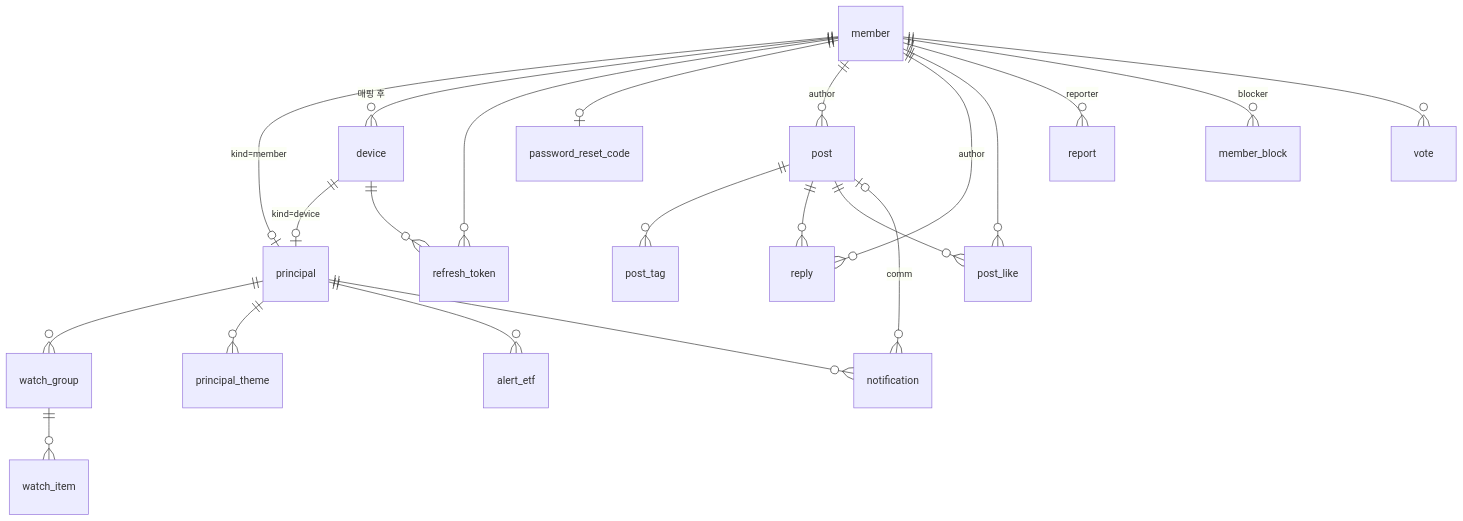
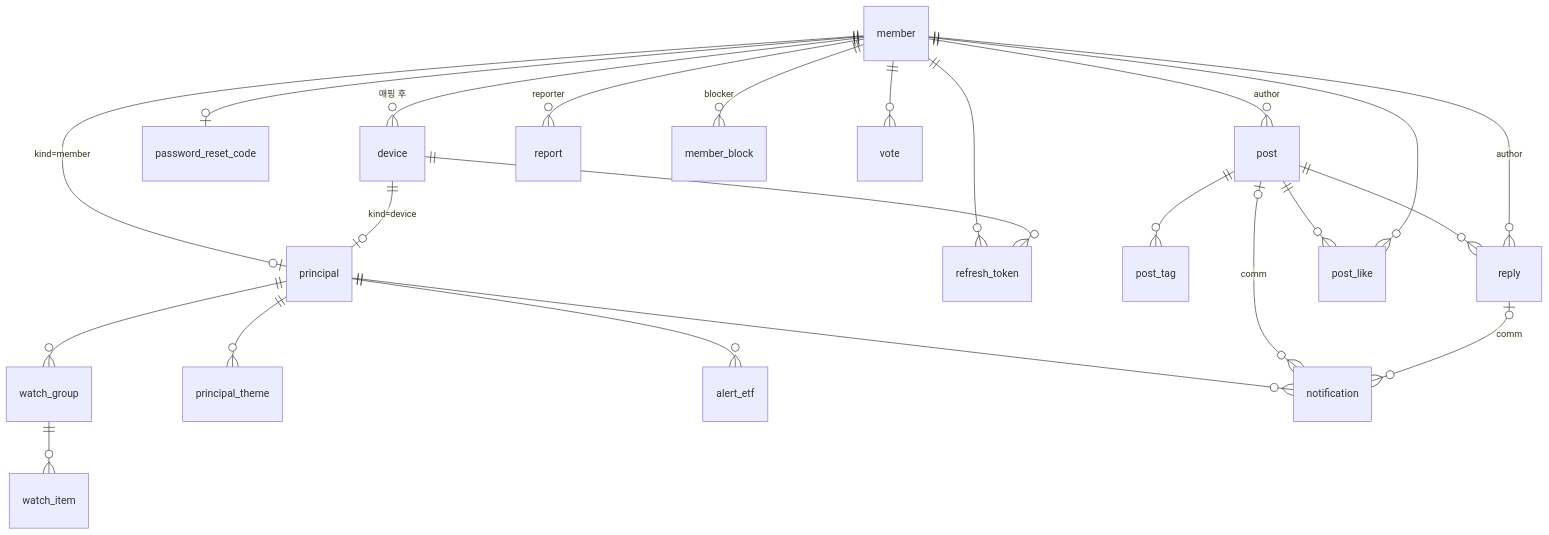
Before and after one commit to alphaeveryday/edge: the first of 2 diagrams in src/apps/cloud/app-api/docs/erd.md, drawn with Mermaid. The commit also changed other lines of this file and 15 other files, not shown here.

````diff
--- a/src/apps/cloud/app-api/docs/erd.md
+++ b/src/apps/cloud/app-api/docs/erd.md
@@ -423,24 +424,25 @@
 ```mermaid
 erDiagram
     member ||--o| principal : "kind=member"
     device ||--o| principal : "kind=device"
     member ||--o{ device : "매핑 후"
     member ||--o{ refresh_token : ""
     device ||--o{ refresh_token : ""
     member ||--o| password_reset_code : ""
     principal ||--o{ watch_group : ""
     watch_group ||--o{ watch_item : ""
     principal ||--o{ principal_theme : ""
     principal ||--o{ alert_etf : ""
     principal ||--o{ notification : ""
     member ||--o{ post : "author"
     post ||--o{ post_tag : ""
     post ||--o{ reply : ""
     post ||--o{ post_like : ""
     member ||--o{ reply : "author"
     member ||--o{ post_like : ""
     member ||--o{ report : "reporter"
     member ||--o{ member_block : "blocker"
     member ||--o{ vote : ""
     post o|--o{ notification : "comm"
+    reply o|--o{ notification : "comm"
 ```
````
